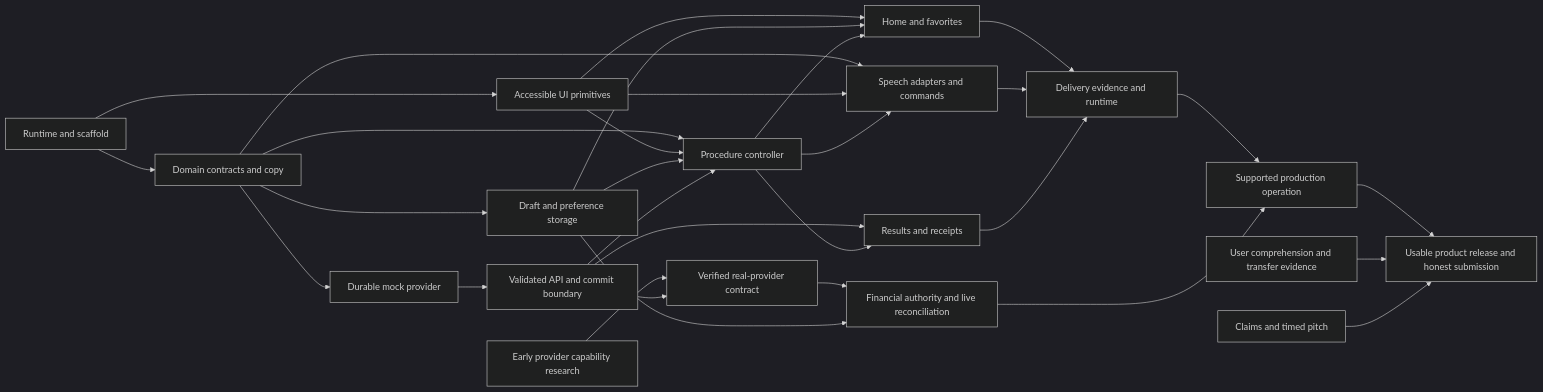
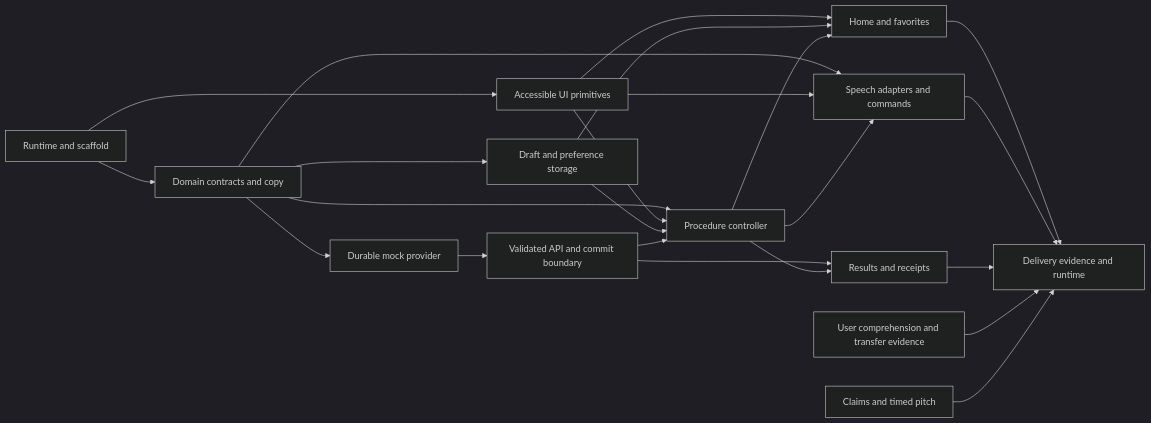
One commit to 0xnotwired/personal-hackathon changed the diagram in docs/ACTION_PLAN.md. Above: the diagram before and after it, drawn with Mermaid (dark theme). The commit also changed other lines of this file and 12 other files, not shown here.

````diff
--- a/docs/ACTION_PLAN.md
+++ b/docs/ACTION_PLAN.md
@@ -53,32 +54,25 @@
 ```mermaid
 flowchart LR
   M00[Runtime and scaffold] --> M01[Domain contracts and copy]
   M00 --> M02[Accessible UI primitives]
   M01 --> M03[Draft and preference storage]
   M01 --> M04[Durable mock provider]
   M04 --> M05[Validated API and commit boundary]
   M01 --> M06[Procedure controller]
   M02 --> M06
   M03 --> M06
   M05 --> M06
   M02 --> M07[Home and favorites]
   M03 --> M07
   M06 --> M07
   M01 --> M08[Speech adapters and commands]
   M02 --> M08
   M06 --> M08
   M05 --> M09[Results and receipts]
   M06 --> M09
   M07 --> M10[Delivery evidence and runtime]
   M08 --> M10
   M09 --> M10
-  R01[Early provider capability research] --> M11[Verified real-provider contract]
-  M05 --> M11
-  M11 --> M12[Financial authority and live reconciliation]
-  M03 --> M12
-  M10 --> M13[Supported production operation]
-  M12 --> M13
-  M13 --> M14[Usable product release and honest submission]
-  R02[User comprehension and transfer evidence] --> M14
-  R03[Claims and timed pitch] --> M14
+  R02[User comprehension and transfer evidence] --> M10
+  R03[Claims and timed pitch] --> M10
 ```
````
